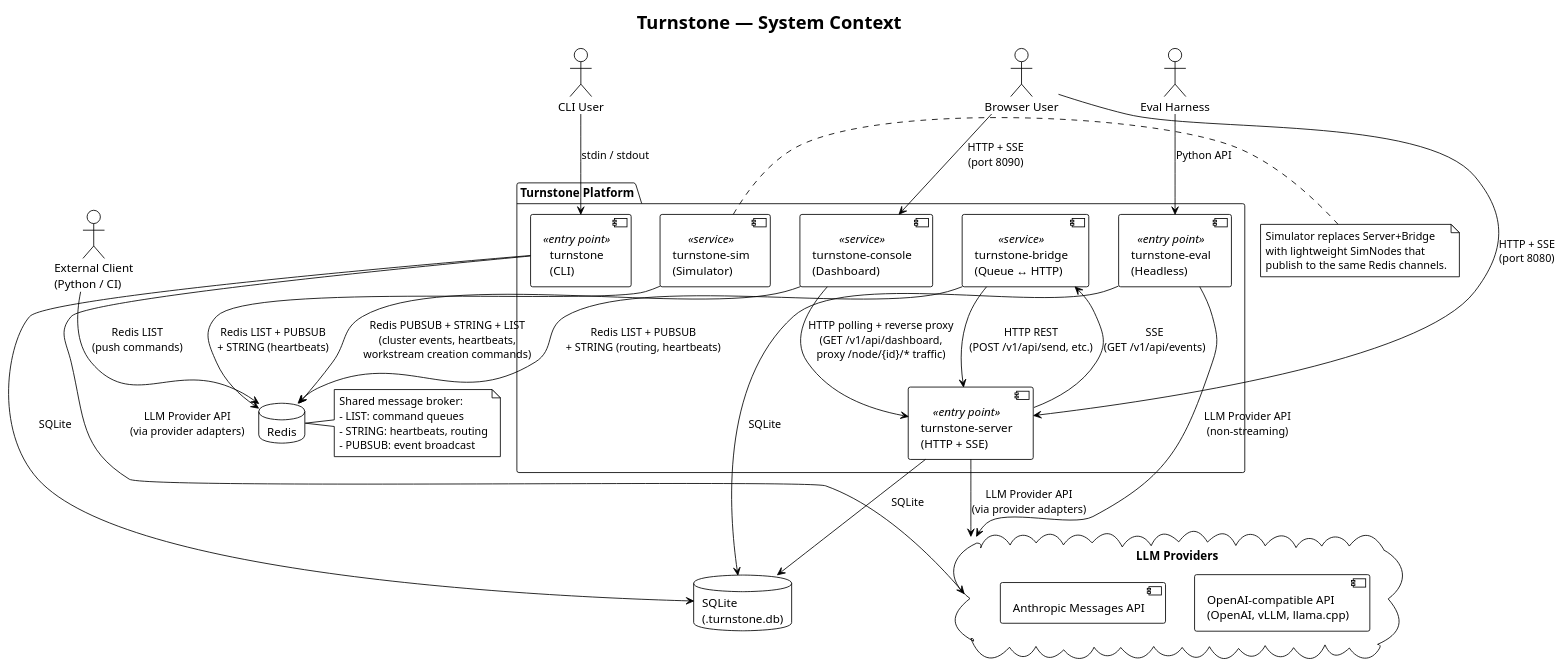
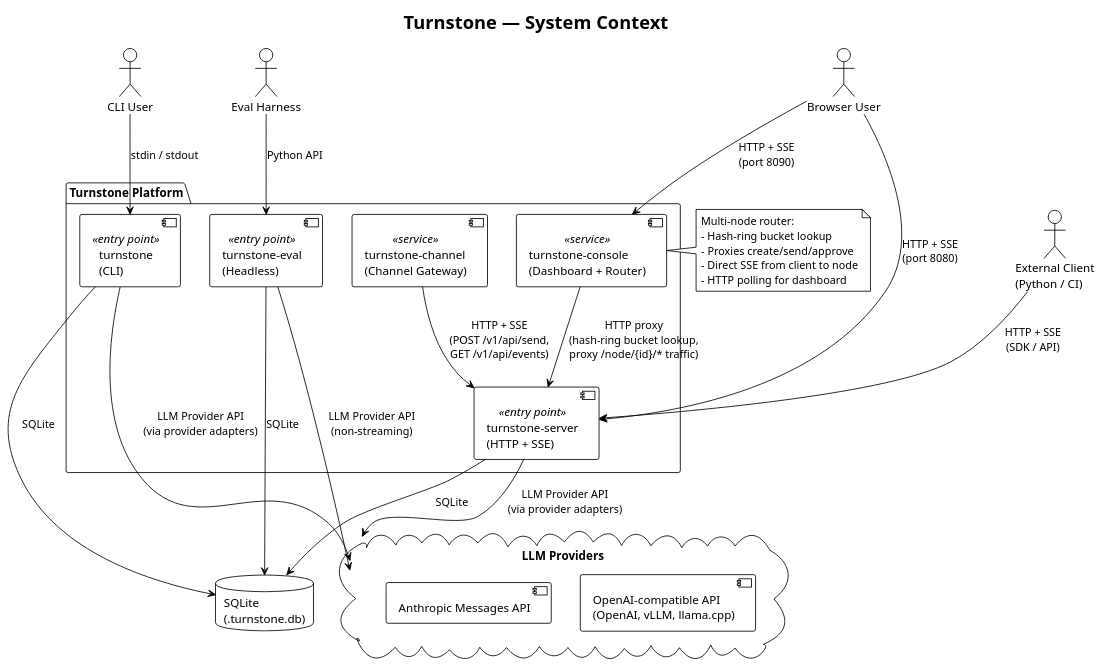
The diagram in docs/diagrams/01-system-context.puml (turnstonelabs/turnstone), drawn with PlantUML before and after one commit. The commit also changed 49 other files, not shown here.

First line of the commit message:
chore: polish — remove dead code, update diagrams and docs

```diff
--- a/docs/diagrams/01-system-context.puml
+++ b/docs/diagrams/01-system-context.puml
@@ -1,68 +1,56 @@
 @startuml
 !theme plain
 title Turnstone — System Context
 
 ' Actors/Users
 actor "CLI User" as cli_user
 actor "Browser User" as browser_user
 actor "External Client\n(Python / CI)" as ext_client
 actor "Eval Harness" as eval_user
 
 ' External Systems
 cloud "LLM Providers" as llm {
     component [OpenAI-compatible API\n(OpenAI, vLLM, llama.cpp)] as llm_openai
     component [Anthropic Messages API] as llm_anthropic
 }
-database "Redis" as redis
 database "SQLite\n(.turnstone.db)" as sqlite
 
 ' Turnstone System Boundary
 package "Turnstone Platform" {
     component [turnstone\n(CLI)] as cli <<entry point>>
     component [turnstone-server\n(HTTP + SSE)] as server <<entry point>>
-    component [turnstone-bridge\n(Queue ↔ HTTP)] as bridge <<service>>
-    component [turnstone-console\n(Dashboard)] as console <<service>>
+    component [turnstone-console\n(Dashboard + Router)] as console <<service>>
     component [turnstone-eval\n(Headless)] as eval <<entry point>>
-    component [turnstone-sim\n(Simulator)] as sim <<service>>
+    component [turnstone-channel\n(Channel Gateway)] as channel <<service>>
 }
 
 ' User connections
 cli_user --> cli : stdin / stdout
 browser_user --> server : HTTP + SSE\n(port 8080)
 browser_user --> console : HTTP + SSE\n(port 8090)
-ext_client --> redis : Redis LIST\n(push commands)
+ext_client --> server : HTTP + SSE\n(SDK / API)
 eval_user --> eval : Python API
 
 ' Internal connections
 cli --> llm : LLM Provider API\n(via provider adapters)
 cli --> sqlite : SQLite
 
 server --> llm : LLM Provider API\n(via provider adapters)
 server --> sqlite : SQLite
 
 eval --> llm : LLM Provider API\n(non-streaming)
 eval --> sqlite : SQLite
 
-bridge --> server : HTTP REST\n(POST /v1/api/send, etc.)
-bridge <-- server : SSE\n(GET /v1/api/events)
-bridge --> redis : Redis LIST + PUBSUB\n+ STRING (routing, heartbeats)
+console --> server : HTTP proxy\n(hash-ring bucket lookup,\nproxy /node/{id}/* traffic)
 
-console --> redis : Redis PUBSUB + STRING + LIST\n(cluster events, heartbeats,\nworkstream creation commands)
-console --> server : HTTP polling + reverse proxy\n(GET /v1/api/dashboard,\nproxy /node/{id}/* traffic)
-
-sim --> redis : Redis LIST + PUBSUB\n+ STRING (heartbeats)
+channel --> server : HTTP + SSE\n(POST /v1/api/send,\nGET /v1/api/events)
 
 ' Notes
-note right of sim
-  Simulator replaces Server+Bridge
-  with lightweight SimNodes that
-  publish to the same Redis channels.
-end note
-
-note right of redis
-  Shared message broker:
-  - LIST: command queues
-  - STRING: heartbeats, routing
-  - PUBSUB: event broadcast
+note right of console
+  Multi-node router:
+  - Hash-ring bucket lookup
+  - Proxies create/send/approve
+  - Direct SSE from client to node
+  - HTTP polling for dashboard
 end note
 @enduml
```
